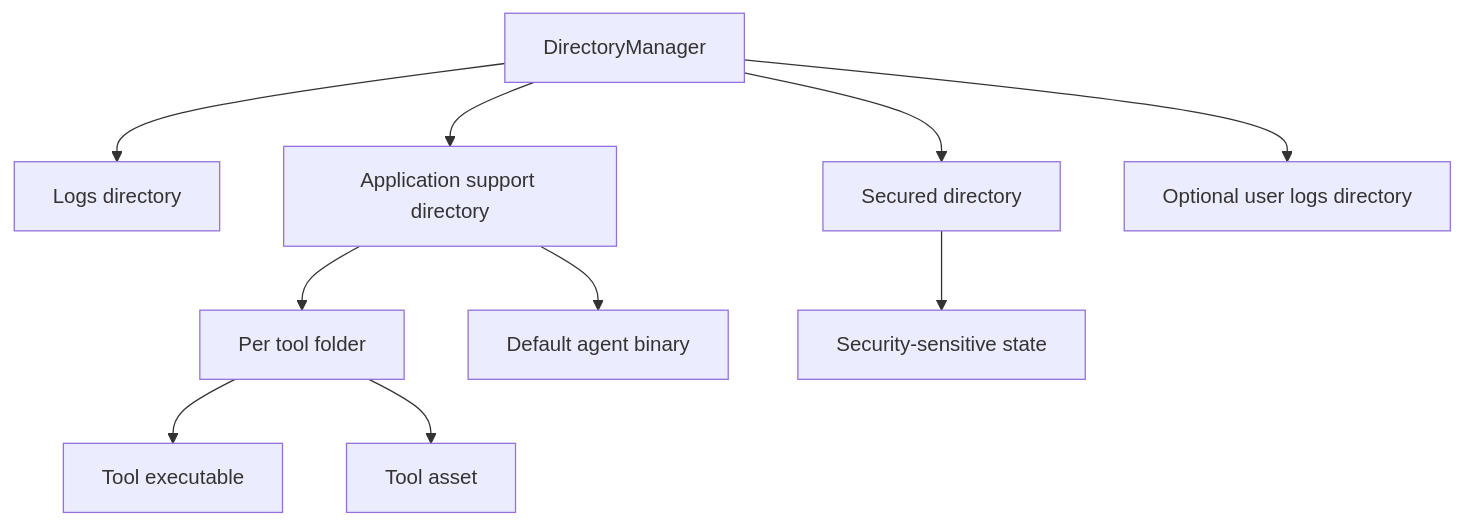
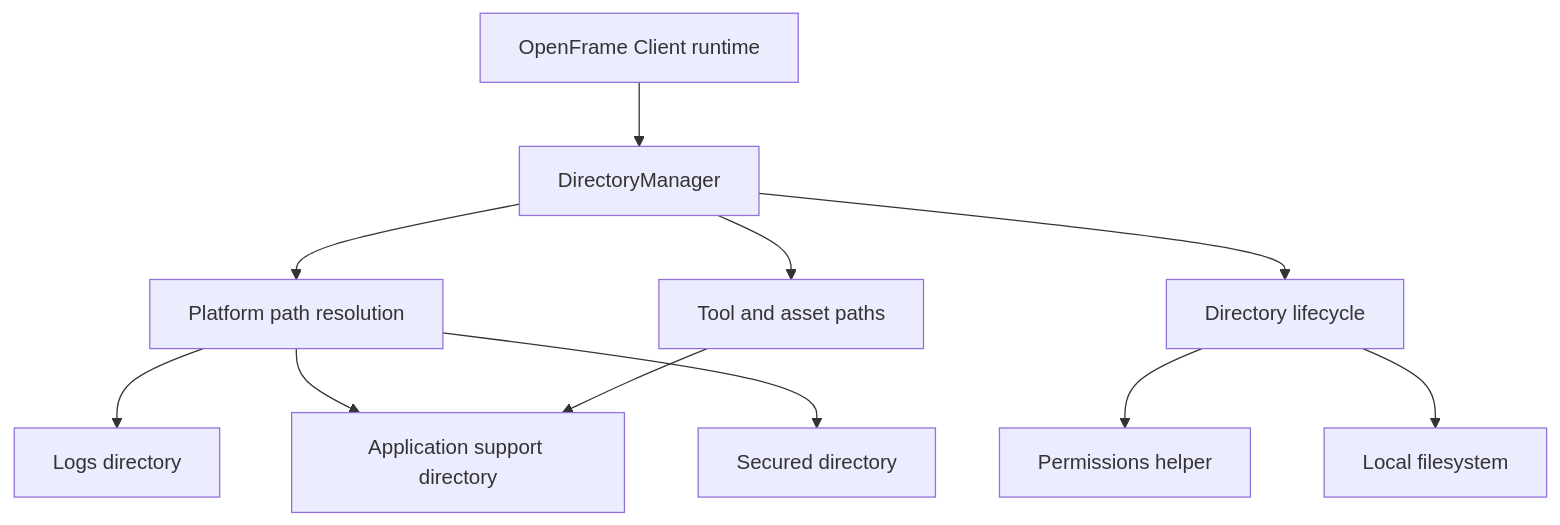
The first of 4 diagrams in docs/reference/architecture/openframe-client-core/platform-directories/platform-directories.md (flamingo-stack/openframe-oss-tenant), drawn with Mermaid before and after one commit. The commit also changed other lines of this file and 2377 other files, not shown here.

````diff
--- a/docs/reference/architecture/openframe-client-core/platform-directories/platform-directories.md
+++ b/docs/reference/architecture/openframe-client-core/platform-directories/platform-directories.md
@@ -56,12 +21,13 @@
 ```mermaid
 flowchart TD
-    Manager["DirectoryManager"] --> Logs["Logs directory"]
-    Manager --> Support["Application support directory"]
-    Manager --> Secured["Secured directory"]
-    Manager --> UserLogs["Optional user logs directory"]
-    Support --> ToolFolder["Per tool folder"]
-    ToolFolder --> ToolExecutable["Tool executable"]
-    ToolFolder --> ToolAsset["Tool asset"]
-    Support --> AgentBinary["Default agent binary"]
-    Secured --> SensitiveState["Security-sensitive state"]
+    ClientRuntime["OpenFrame Client runtime"] --> DirectoryManager["DirectoryManager"]
+    DirectoryManager --> PathResolution["Platform path resolution"]
+    DirectoryManager --> DirectoryLifecycle["Directory lifecycle"]
+    DirectoryManager --> ToolLayout["Tool and asset paths"]
+    DirectoryLifecycle --> Permissions["Permissions helper"]
+    DirectoryLifecycle --> Filesystem["Local filesystem"]
+    PathResolution --> Logs["Logs directory"]
+    PathResolution --> AppSupport["Application support directory"]
+    PathResolution --> Secured["Secured directory"]
+    ToolLayout --> AppSupport
 ```
````
